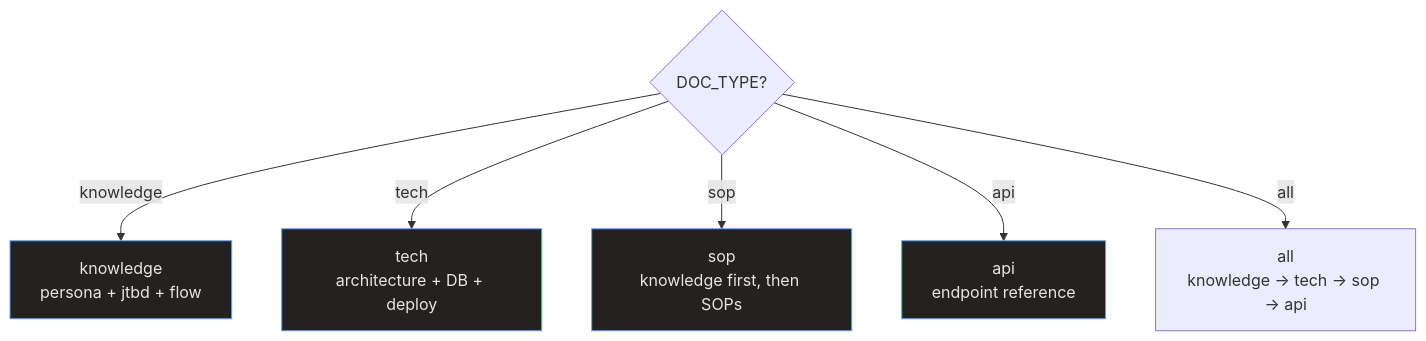
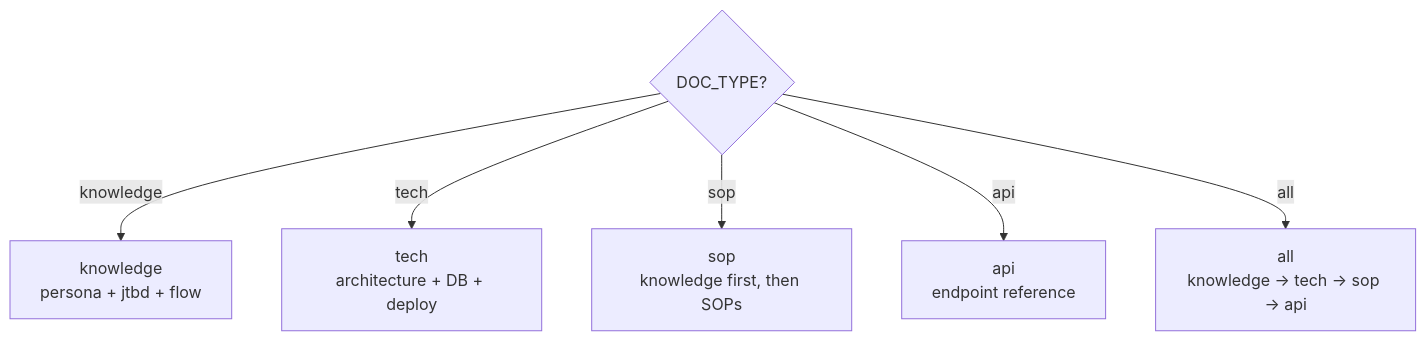
One commit to relukdev/doc-kit changed the diagram in astro-site/src/content/docs/api/orchestrator.md. Above: the diagram before and after it, drawn with Mermaid. The commit also changed 48 other files, not shown here.

First line of the commit message:
fix: remove hard-coded Mermaid dark-mode colors, use native themes for light/dark

````diff
--- a/astro-site/src/content/docs/api/orchestrator.md
+++ b/astro-site/src/content/docs/api/orchestrator.md
@@ -37,20 +37,16 @@
 ```mermaid
 graph TB
-    style K fill:#232221,stroke:#60A5FA,color:#E8E5DF
-    style T fill:#232221,stroke:#60A5FA,color:#E8E5DF
-    style S fill:#232221,stroke:#60A5FA,color:#E8E5DF
-    style A fill:#232221,stroke:#60A5FA,color:#E8E5DF
 
     D{"DOC_TYPE?"}
     K["knowledge\npersona + jtbd + flow"]
     T["tech\narchitecture + DB + deploy"]
     S["sop\nknowledge first, then SOPs"]
     A["api\nendpoint reference"]
     ALL["all\nknowledge → tech → sop → api"]
 
     D -->|"knowledge"| K
     D -->|"tech"| T
     D -->|"sop"| S
     D -->|"api"| A
     D -->|"all"| ALL
 ```
````
